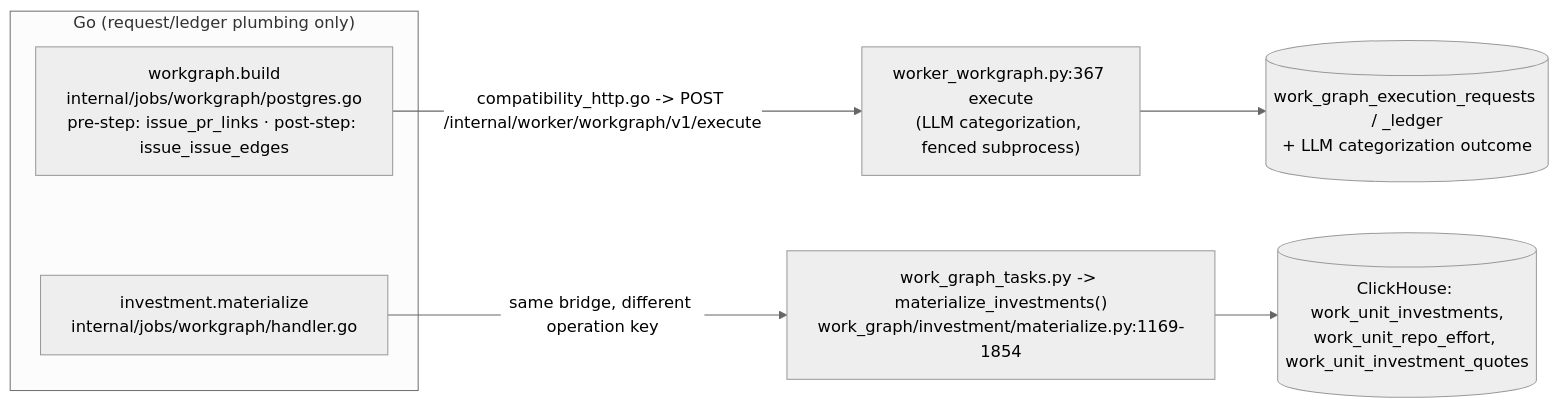
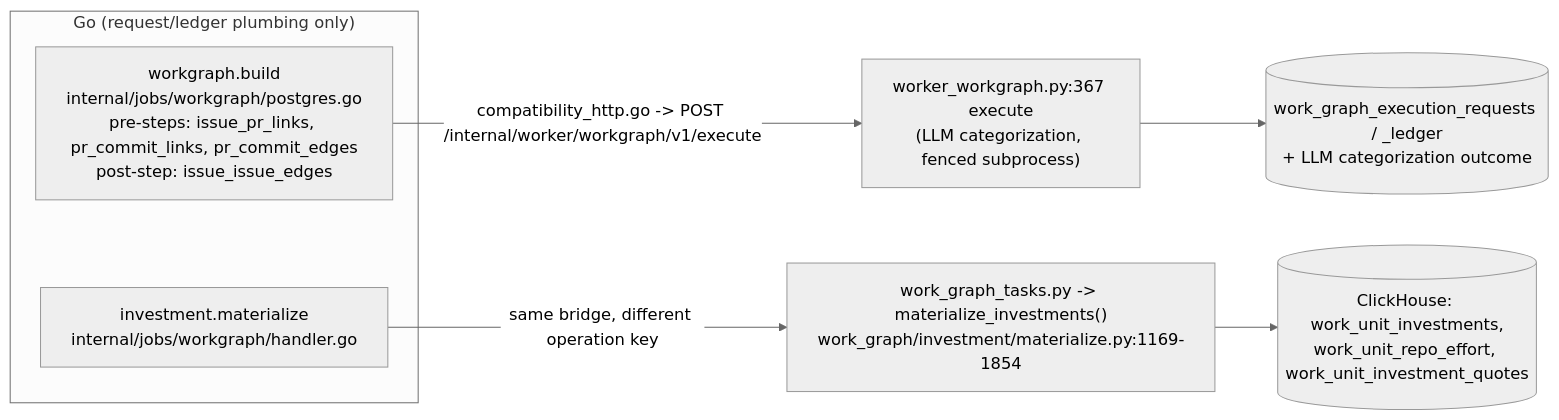
One commit to full-chaos/dev-health-ops changed the third of 3 diagrams in docs/reference/runtime/python-go-live-path-ledger.md. Above: the diagram before and after it, drawn with Mermaid (neutral theme). The commit also changed other lines of this file and 10 other files, not shown here.

````diff
--- a/docs/reference/runtime/python-go-live-path-ledger.md
+++ b/docs/reference/runtime/python-go-live-path-ledger.md
@@ -171,11 +173,11 @@
 ```mermaid
 flowchart LR
   subgraph Go["Go (request/ledger plumbing only)"]
-    WGREQ["workgraph.build<br/>internal/jobs/workgraph/postgres.go<br/>pre-step: issue_pr_links · post-step: issue_issue_edges"]
+    WGREQ["workgraph.build<br/>internal/jobs/workgraph/postgres.go<br/>pre-steps: issue_pr_links, pr_commit_links, pr_commit_edges<br/>post-step: issue_issue_edges"]
     INVREQ["investment.materialize<br/>internal/jobs/workgraph/handler.go"]
   end
   WGREQ -->|"compatibility_http.go -&gt; POST /internal/worker/workgraph/v1/execute"| WGP["worker_workgraph.py:367 execute<br/>(LLM categorization, fenced subprocess)"]
   INVREQ -->|"same bridge, different operation key"| INVP["work_graph_tasks.py -&gt; materialize_investments()<br/>work_graph/investment/materialize.py:1169-1854"]
   WGP --> WGT[("work_graph_execution_requests / _ledger<br/>+ LLM categorization outcome")]
   INVP --> INVT[("ClickHouse: work_unit_investments,<br/>work_unit_repo_effort, work_unit_investment_quotes")]
 ```
````
